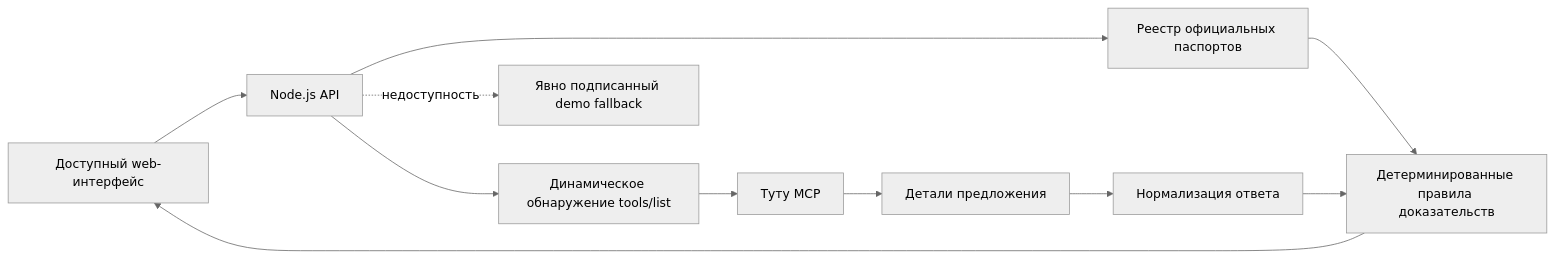
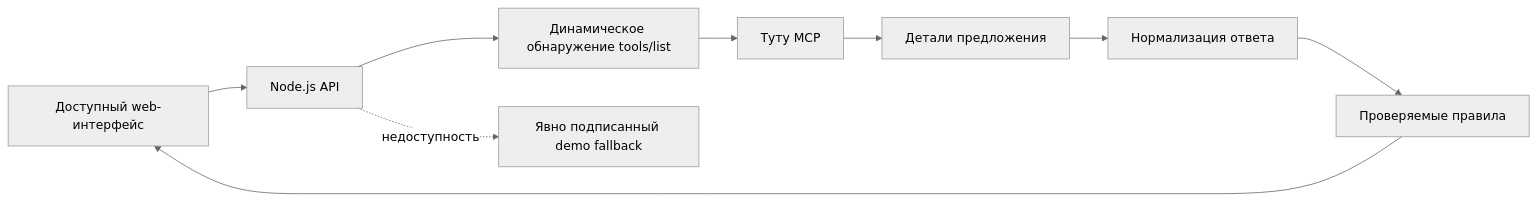
Before and after one commit to aidafonda/tutu-mozhno: the diagram in README.md, drawn with Mermaid (neutral theme). The commit also changed other lines of this file and 12 other files, not shown here.

````diff
--- a/README.md
+++ b/README.md
@@ -52,13 +53,11 @@
 ```mermaid
 flowchart LR
     UI[Доступный web-интерфейс] --> API[Node.js API]
     API --> DISCOVERY[Динамическое обнаружение tools/list]
     DISCOVERY --> MCP[Туту MCP]
     MCP --> DETAILS[Детали предложения]
-    API --> REGISTRY[Реестр официальных паспортов]
     DETAILS --> NORMALIZE[Нормализация ответа]
-    REGISTRY --> RULES[Детерминированные правила доказательств]
-    NORMALIZE --> RULES
+    NORMALIZE --> RULES[Проверяемые правила]
     RULES --> UI
     API -. недоступность .-> DEMO[Явно подписанный demo fallback]
 ```
````
